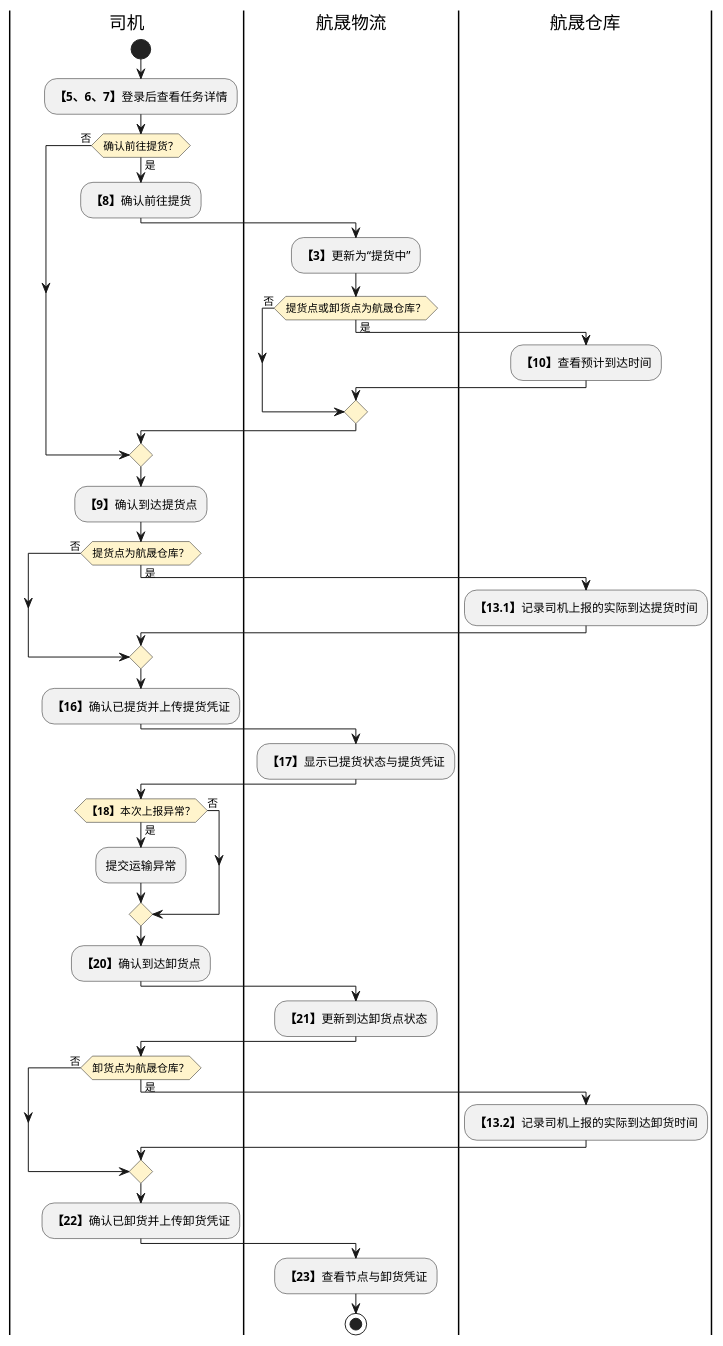
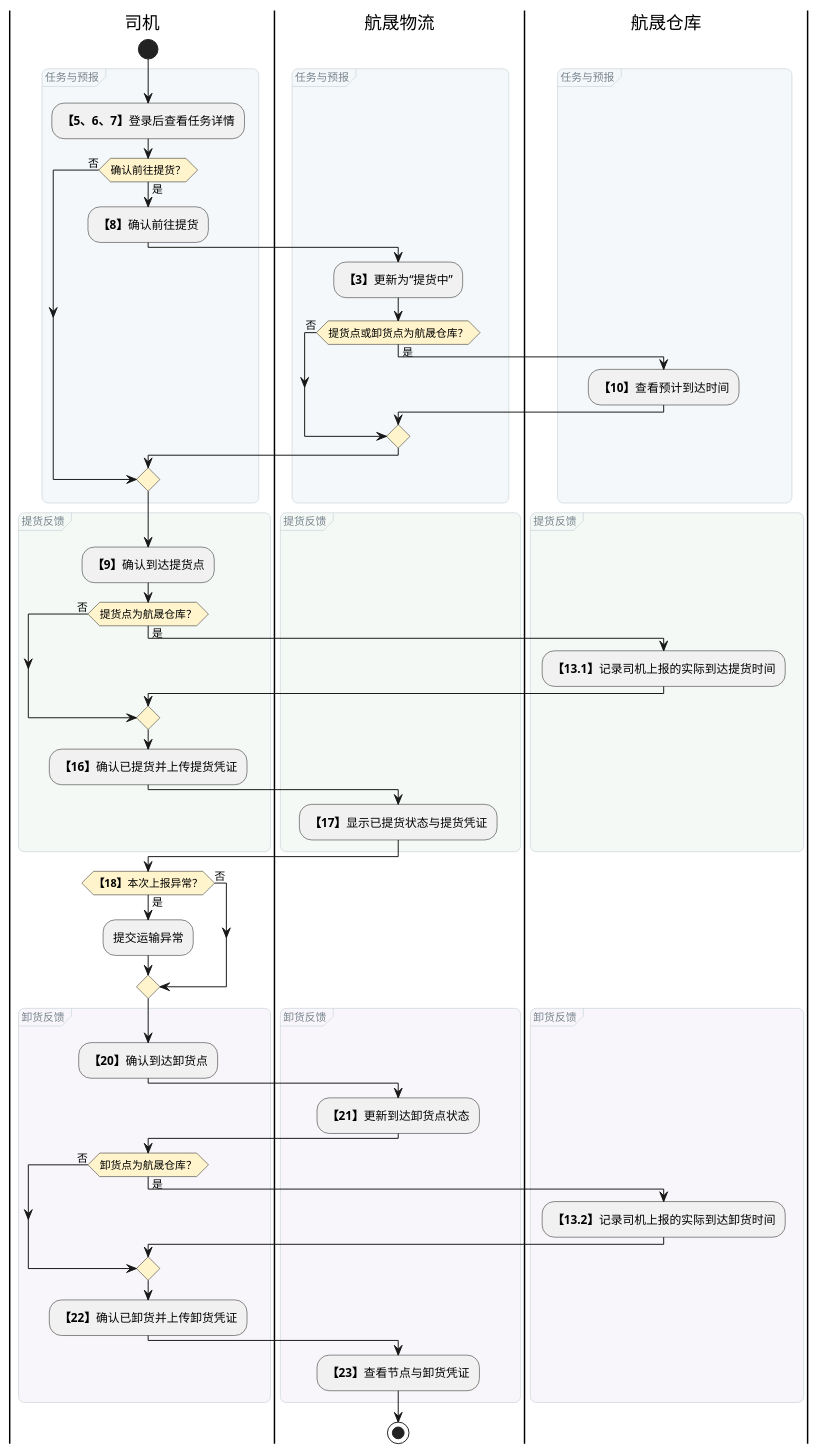
Before and after one commit to jack888332/projects-doc: the second of 8 diagrams in product-caliber/goldjet/segmented-prd/PRD.高捷物流系统一期.第016篇.用车-运单管理.20AA542560.md, drawn with PlantUML. The commit also changed 16 other files, not shown here.

Commit message:
给DSL图分组

````diff
--- a/product-caliber/goldjet/segmented-prd/PRD.高捷物流系统一期.第016篇.用车-运单管理.20AA542560.md
+++ b/product-caliber/goldjet/segmented-prd/PRD.高捷物流系统一期.第016篇.用车-运单管理.20AA542560.md
@@ -73,49 +73,67 @@
 ```plantuml
 @startuml goldjet-016-driver-handoffs
 skinparam activityDiamondBackgroundColor #FFF4CC
+<style>
+activityDiagram {
+  group {
+    LineColor #CAD5DA
+    LineThickness 0.7
+    RoundCorner 12
+    FontColor #78848D
+    FontSize 11
+    FontStyle plain
+  }
+}
+</style>
 |司机|
 start
-:**【5、6、7】**登录后查看任务详情;
-if (确认前往提货？) then (是)
-  :**【8】**确认前往提货;
-  |航晟物流|
-  :**【3】**更新为“提货中”;
-  if (提货点或卸货点为航晟仓库？) then (是)
-    |航晟仓库|
-    :**【10】**查看预计到达时间;
+group 任务与预报 #F4F8FA {
+  :**【5、6、7】**登录后查看任务详情;
+  if (确认前往提货？) then (是)
+    :**【8】**确认前往提货;
+    |航晟物流|
+    :**【3】**更新为“提货中”;
+    if (提货点或卸货点为航晟仓库？) then (是)
+      |航晟仓库|
+      :**【10】**查看预计到达时间;
+    else (否)
+    endif
   else (否)
   endif
-else (否)
-endif
-|司机|
-:**【9】**确认到达提货点;
-if (提货点为航晟仓库？) then (是)
-  |航晟仓库|
-  :**【13.1】**记录司机上报的实际到达提货时间;
-else (否)
-endif
-|司机|
-:**【16】**确认已提货并上传提货凭证;
-|航晟物流|
-:**【17】**显示已提货状态与提货凭证;
+}
+group 提货反馈 #F5F9F6 {
+  |司机|
+  :**【9】**确认到达提货点;
+  if (提货点为航晟仓库？) then (是)
+    |航晟仓库|
+    :**【13.1】**记录司机上报的实际到达提货时间;
+  else (否)
+  endif
+  |司机|
+  :**【16】**确认已提货并上传提货凭证;
+  |航晟物流|
+  :**【17】**显示已提货状态与提货凭证;
+}
 |司机|
 if (**【18】**本次上报异常？) then (是)
   :提交运输异常;
 else (否)
 endif
-:**【20】**确认到达卸货点;
-|航晟物流|
-:**【21】**更新到达卸货点状态;
-|司机|
-if (卸货点为航晟仓库？) then (是)
-  |航晟仓库|
-  :**【13.2】**记录司机上报的实际到达卸货时间;
-else (否)
-endif
-|司机|
-:**【22】**确认已卸货并上传卸货凭证;
-|航晟物流|
-:**【23】**查看节点与卸货凭证;
+group 卸货反馈 #F8F6FA {
+  :**【20】**确认到达卸货点;
+  |航晟物流|
+  :**【21】**更新到达卸货点状态;
+  |司机|
+  if (卸货点为航晟仓库？) then (是)
+    |航晟仓库|
+    :**【13.2】**记录司机上报的实际到达卸货时间;
+  else (否)
+  endif
+  |司机|
+  :**【22】**确认已卸货并上传卸货凭证;
+  |航晟物流|
+  :**【23】**查看节点与卸货凭证;
+}
 stop
 @enduml
 ```
````
